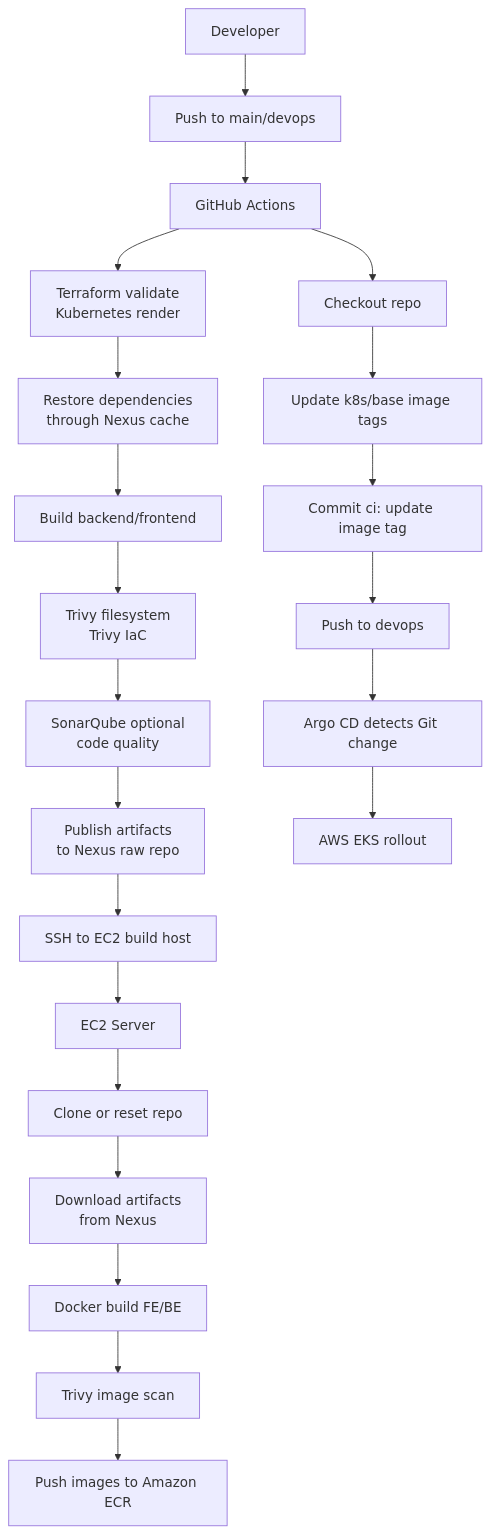
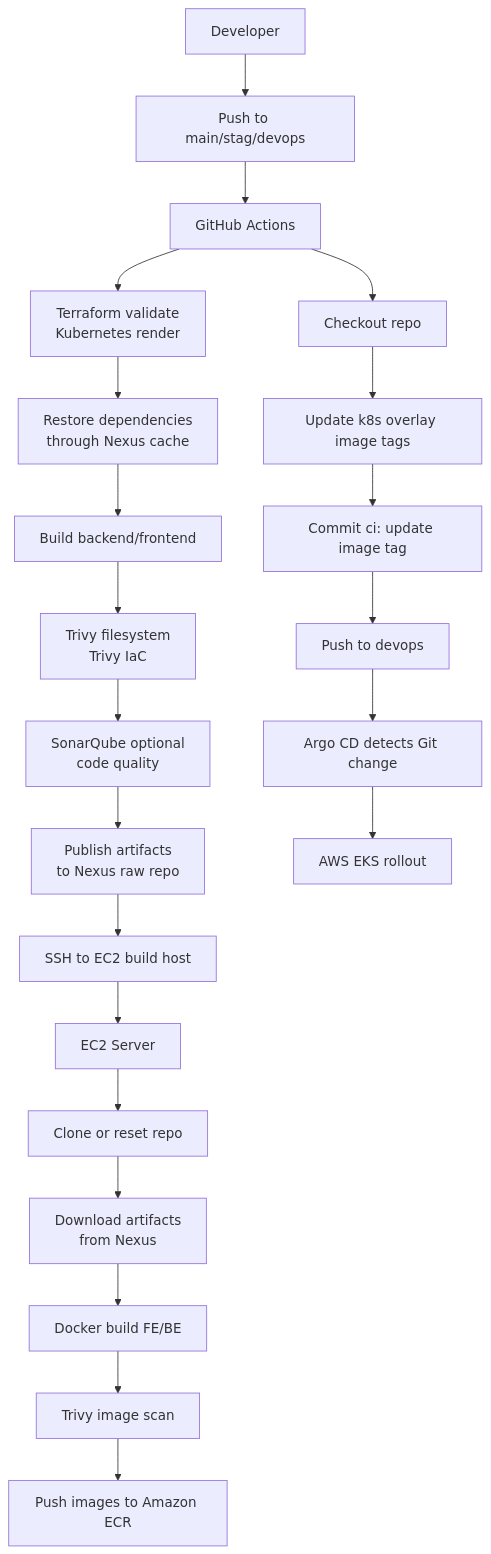
The first of 2 diagrams in .github/workflows/README.md (Kien-devops/eks-cicd-argocd-sec-monitor), drawn with Mermaid before and after one commit. The commit also changed other lines of this file and 8 other files, not shown here.

````diff
--- a/.github/workflows/README.md
+++ b/.github/workflows/README.md
@@ -20,24 +20,24 @@
 ```mermaid
 flowchart TB
-  dev[Developer] --> push[Push to main/devops]
+  dev[Developer] --> push[Push to main/stag/devops]
   push --> gha[GitHub Actions]
   gha --> iac[Terraform validate<br/>Kubernetes render]
   iac --> restore[Restore dependencies<br/>through Nexus cache]
   restore --> build[Build backend/frontend]
   build --> trivy[Trivy filesystem<br/>Trivy IaC]
   trivy --> sonar[SonarQube optional<br/>code quality]
   sonar --> nexus[Publish artifacts<br/>to Nexus raw repo]
   nexus --> ssh[SSH to EC2 build host]
   ssh --> ec2[EC2 Server]
   ec2 --> clone[Clone or reset repo]
   clone --> pull[Download artifacts<br/>from Nexus]
   pull --> docker[Docker build FE/BE]
   docker --> imgscan[Trivy image scan]
   imgscan --> ecr[Push images to Amazon ECR]
   gha --> checkout[Checkout repo]
-  checkout --> update[Update k8s/base image tags]
+  checkout --> update[Update k8s overlay image tags]
   update --> commit[Commit ci: update image tag]
   commit --> git[Push to devops]
   git --> argocd[Argo CD detects Git change]
   argocd --> eks[AWS EKS rollout]
 ```
````
